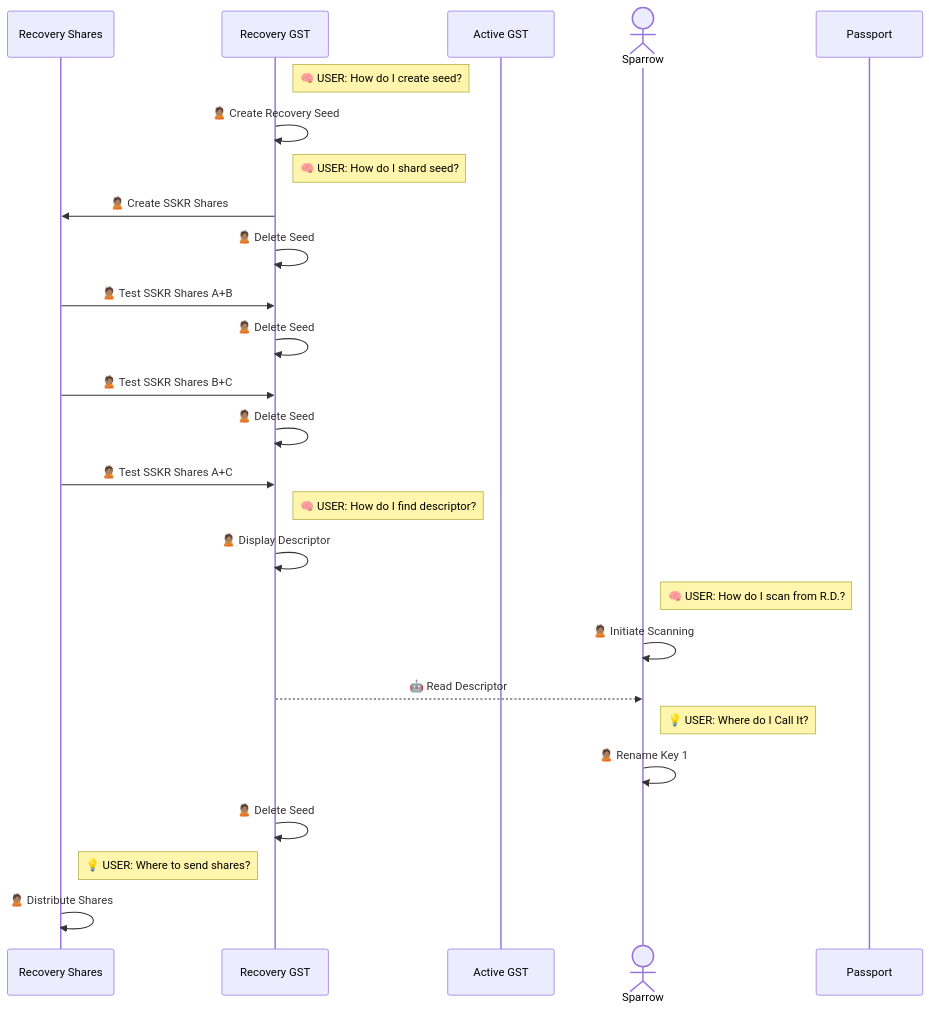
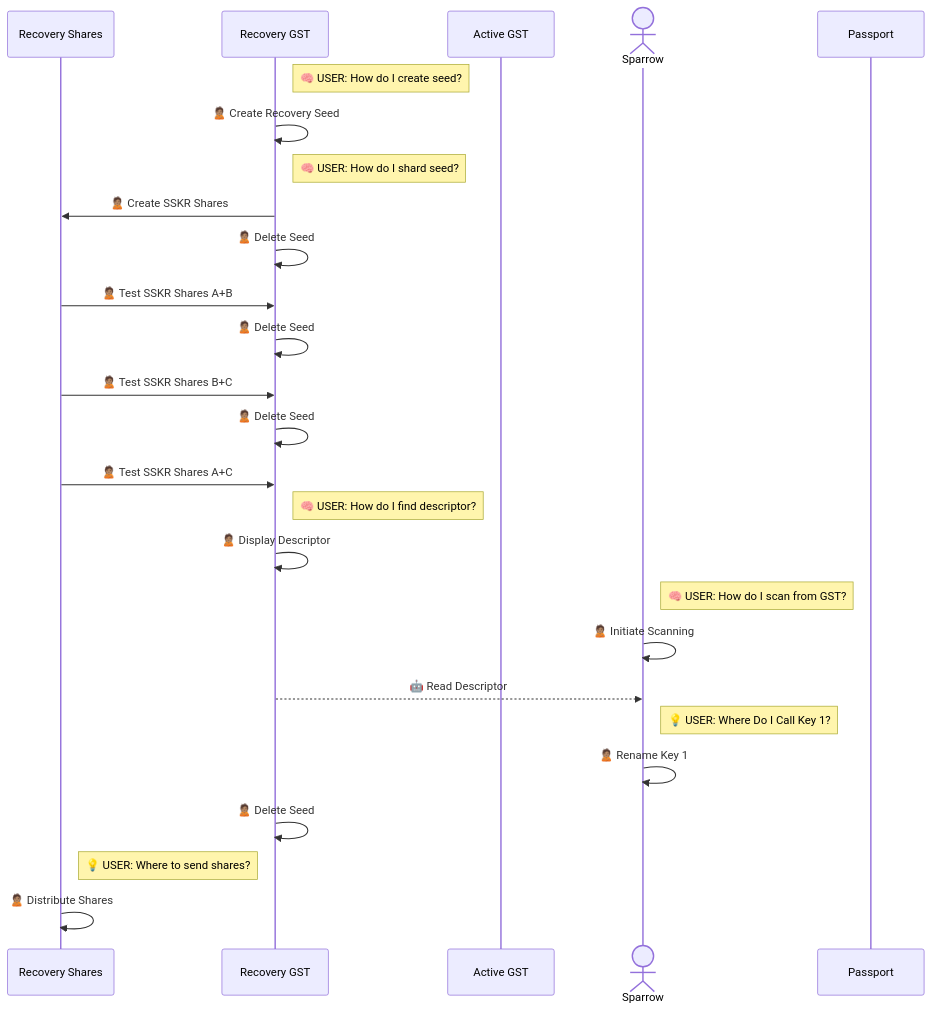
The second of 2 diagrams in Docs/Scenario-Multisig-RR.md (BlockchainCommons/SmartCustody), drawn with Mermaid before and after one commit.

````diff
--- a/Docs/Scenario-Multisig-RR.md
+++ b/Docs/Scenario-Multisig-RR.md
@@ -34,30 +34,30 @@
 ```mermaid
 sequenceDiagram
 participant Rs as Recovery Shares
 participant R as Recovery GST
 participant S1 as Active GST
 actor TC as Sparrow
 participant S2 as Passport
 
 note right of R: 🧠 USER: How do I create seed?
 R->>R: 🙎🏽 Create Recovery Seed
 note right of R: 🧠 USER: How do I shard seed?
 R->>Rs: 🙎🏽 Create SSKR Shares
 R->>R: 🙎🏽 Delete Seed
 Rs->>R: 🙎🏽 Test SSKR Shares A+B
 R->>R: 🙎🏽 Delete Seed
 Rs->>R: 🙎🏽 Test SSKR Shares B+C
 R->>R: 🙎🏽 Delete Seed
 Rs->>R: 🙎🏽 Test SSKR Shares A+C
 
 note right of R: 🧠 USER: How do I find descriptor?
 R->>R: 🙎🏽 Display Descriptor
-note right of TC: 🧠 USER: How do I scan from R.D.?
+note right of TC: 🧠 USER: How do I scan from GST?
 TC->>TC: 🙎🏽 Initiate Scanning
 R-->>TC: 🤖 Read Descriptor
-note right of TC: 💡 USER: Where do I Call It?
+note right of TC: 💡 USER: Where Do I Call Key 1?
 TC->>TC: 🙎🏽 Rename Key 1
 R->>R: 🙎🏽 Delete Seed
 note right of Rs: 💡 USER: Where to send shares?
 Rs->>Rs: 🙎🏽 Distribute Shares
 ```
````
